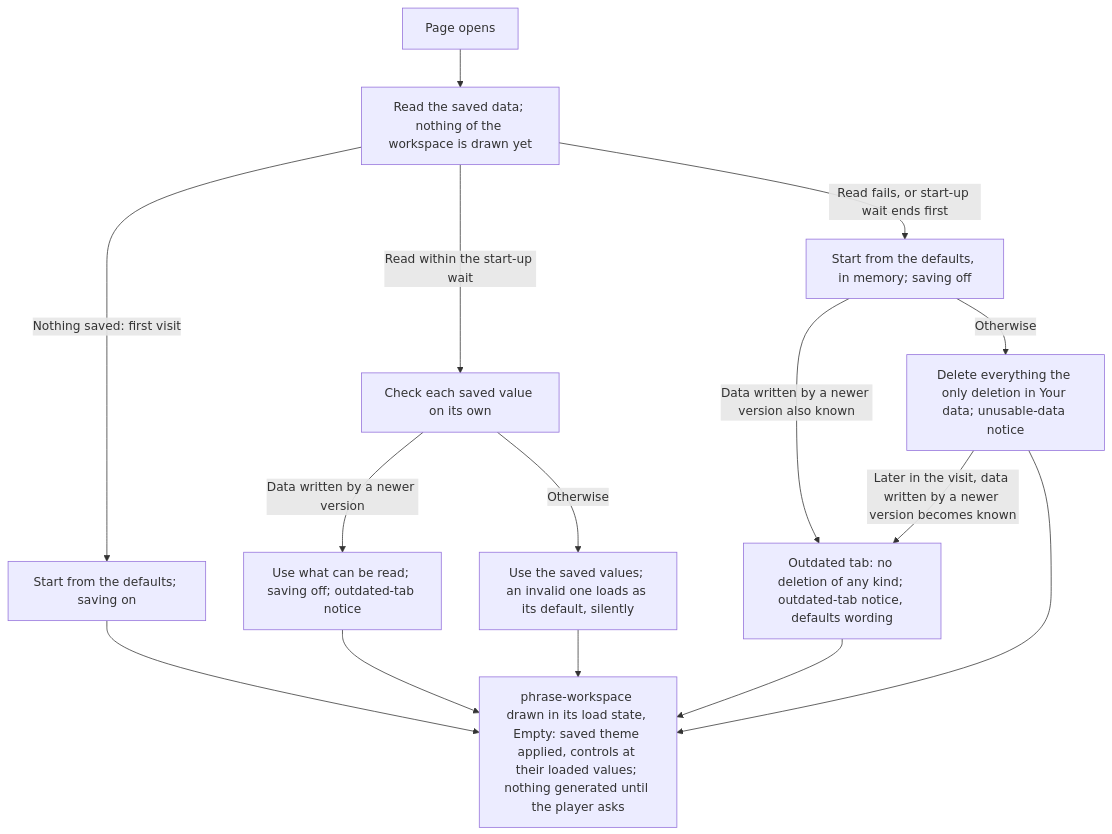
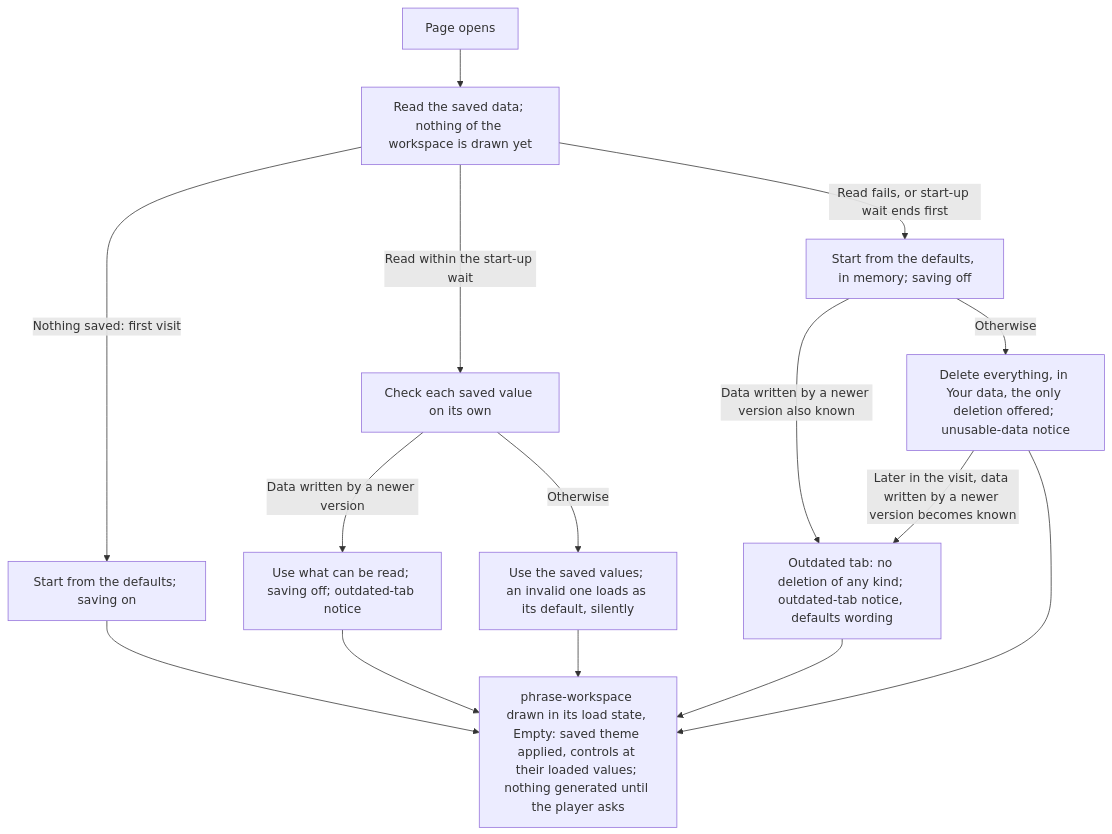
The first of 2 diagrams in ui_ux/flows/saved-data/handoff.md (kluthen/infinite-flow), drawn with Mermaid before and after one commit. The commit also changed other lines of this file and 13 other files, not shown here.

````diff
--- a/ui_ux/flows/saved-data/handoff.md
+++ b/ui_ux/flows/saved-data/handoff.md
@@ -67,18 +68,18 @@
 ```mermaid
 flowchart TD
   OPEN[Page opens] --> READ["Read the saved data; nothing of the workspace is drawn yet"]
   READ -->|Nothing saved: first visit| DEF[Start from the defaults; saving on]
   READ -->|Read within the start-up wait| CHECK[Check each saved value on its own]
   CHECK -->|Data written by a newer version| NEWER["Use what can be read; saving off; outdated-tab notice"]
   CHECK -->|Otherwise| OK["Use the saved values; an invalid one loads as its default, silently"]
   READ -->|"Read fails, or start-up wait ends first"| BAD["Start from the defaults, in memory; saving off"]
   BAD -->|"Data written by a newer version also known"| BADNEWER["Outdated tab: no deletion of any kind; outdated-tab notice, defaults wording"]
-  BAD -->|Otherwise| BADONLY["Delete everything the only deletion in Your data; unusable-data notice"]
+  BAD -->|Otherwise| BADONLY["Delete everything, in Your data, the only deletion offered; unusable-data notice"]
   BADONLY -->|"Later in the visit, data written by a newer version becomes known"| BADNEWER
   DEF --> DRAW
   NEWER --> DRAW
   OK --> DRAW
   BADNEWER --> DRAW
   BADONLY --> DRAW
   DRAW["phrase-workspace drawn in its load state, Empty: saved theme applied, controls at their loaded values; nothing generated until the player asks"]
 ```
````
